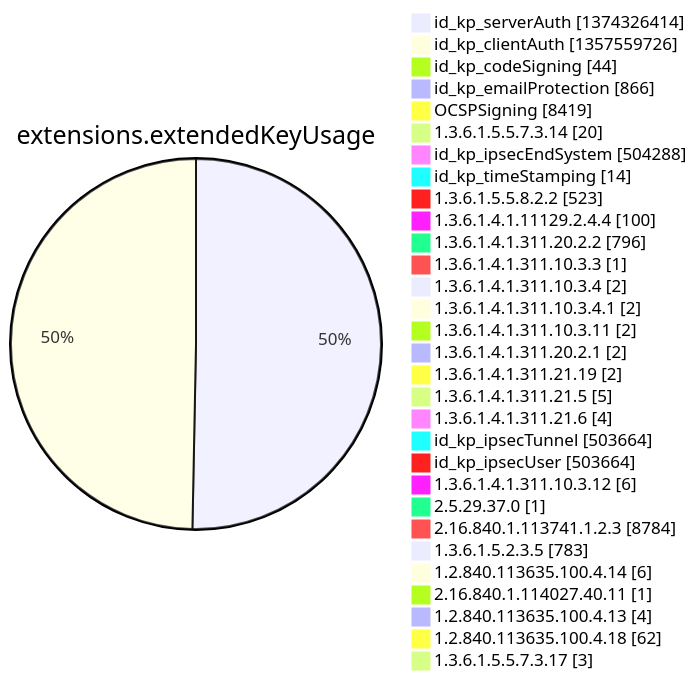
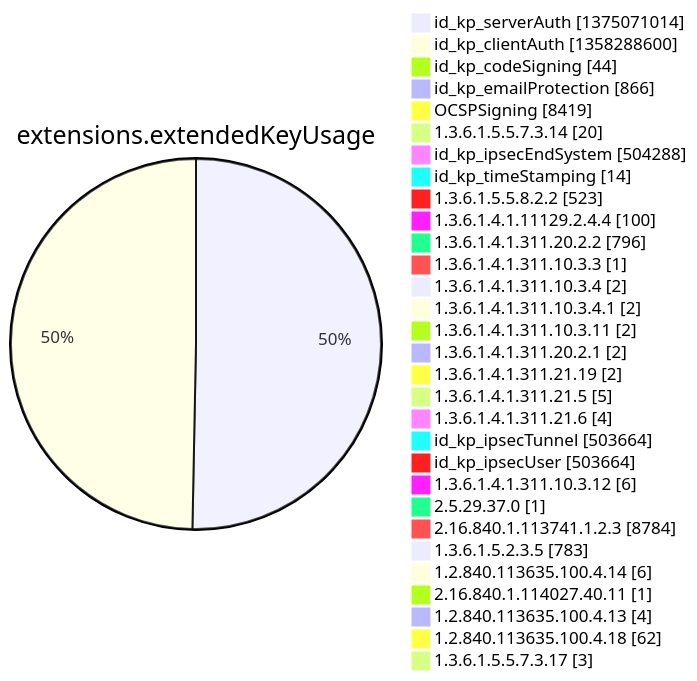
Diagram 12 of 15 in argon2022/README.md (christiankrug/ctmonitor_visualization), drawn with Mermaid before and after one commit. The commit also changed other lines of this file, not shown here.

````diff
--- a/argon2022/README.md
+++ b/argon2022/README.md
@@ -3553,34 +3553,34 @@
 ```mermaid
 pie showData
 title extensions.extendedKeyUsage
-"id_kp_serverAuth" :1374326414
-"id_kp_clientAuth" :1357559726
+"id_kp_serverAuth" :1375071014
+"id_kp_clientAuth" :1358288600
 "id_kp_codeSigning" :44
 "id_kp_emailProtection" :866
 "OCSPSigning" :8419
 "1.3.6.1.5.5.7.3.14" :20
 "id_kp_ipsecEndSystem" :504288
 "id_kp_timeStamping" :14
 "1.3.6.1.5.5.8.2.2" :523
 "1.3.6.1.4.1.11129.2.4.4" :100
 "1.3.6.1.4.1.311.20.2.2" :796
 "1.3.6.1.4.1.311.10.3.3" :1
 "1.3.6.1.4.1.311.10.3.4" :2
 "1.3.6.1.4.1.311.10.3.4.1" :2
 "1.3.6.1.4.1.311.10.3.11" :2
 "1.3.6.1.4.1.311.20.2.1" :2
 "1.3.6.1.4.1.311.21.19" :2
 "1.3.6.1.4.1.311.21.5" :5
 "1.3.6.1.4.1.311.21.6" :4
 "id_kp_ipsecTunnel" :503664
 "id_kp_ipsecUser" :503664
 "1.3.6.1.4.1.311.10.3.12" :6
 "2.5.29.37.0" :1
 "2.16.840.1.113741.1.2.3" :8784
 "1.3.6.1.5.2.3.5" :783
 "1.2.840.113635.100.4.14" :6
 "2.16.840.1.114027.40.11" :1
 "1.2.840.113635.100.4.13" :4
 "1.2.840.113635.100.4.18" :62
 "1.3.6.1.5.5.7.3.17" :3
 ```
````
